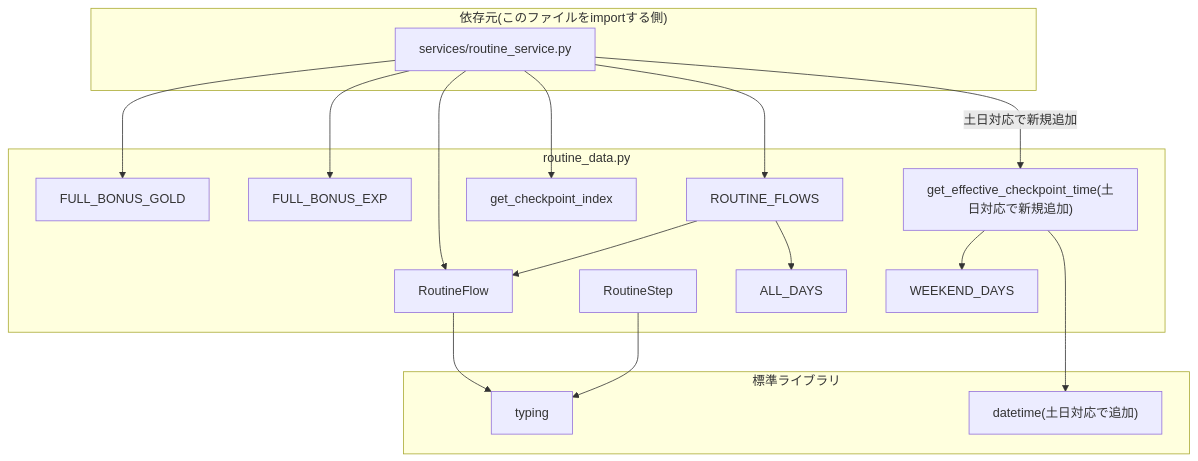
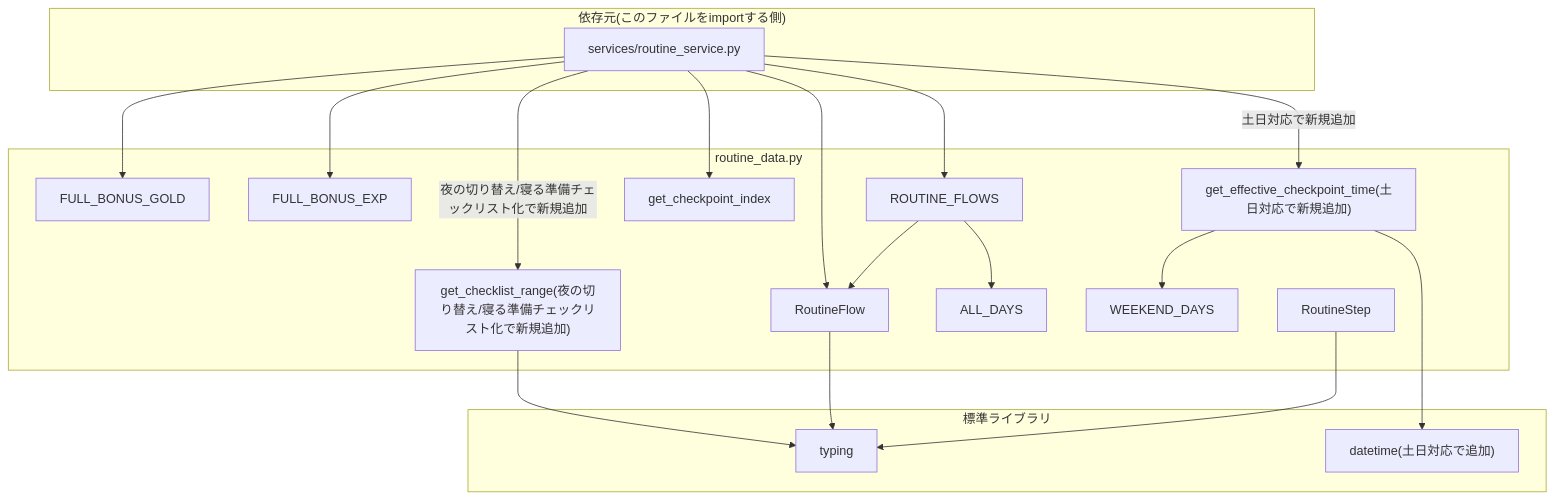
The second of 2 diagrams in docs/specifications/MY_HOME_SYSTEM/routine_data.md (mmtigers/my_python_project), drawn with Mermaid before and after one commit. The commit also changed other lines of this file and 16 other files, not shown here.

````diff
--- a/docs/specifications/MY_HOME_SYSTEM/routine_data.md
+++ b/docs/specifications/MY_HOME_SYSTEM/routine_data.md
@@ -232,37 +261,40 @@
 ```mermaid
 graph TD
     subgraph "routine_data.py"
         RoutineStep
         RoutineFlow
         ALL_DAYS
         WEEKEND_DAYS
         FULL_BONUS_GOLD
         FULL_BONUS_EXP
         ROUTINE_FLOWS
         get_checkpoint_index
+        get_checklist_range["get_checklist_range(夜の切り替え/寝る準備チェックリスト化で新規追加)"]
         get_effective_checkpoint_time["get_effective_checkpoint_time(土日対応で新規追加)"]
     end
 
     subgraph "標準ライブラリ"
         typing
         datetime["datetime(土日対応で追加)"]
     end
 
     subgraph "依存元(このファイルをimportする側)"
         routine_service["services/routine_service.py"]
     end
 
     RoutineStep --> typing
     RoutineFlow --> typing
     ROUTINE_FLOWS --> RoutineFlow
     ROUTINE_FLOWS --> ALL_DAYS
+    get_checklist_range --> typing
     get_effective_checkpoint_time --> datetime
     get_effective_checkpoint_time --> WEEKEND_DAYS
 
     routine_service --> ROUTINE_FLOWS
     routine_service --> RoutineFlow
     routine_service --> FULL_BONUS_GOLD
     routine_service --> FULL_BONUS_EXP
     routine_service --> get_checkpoint_index
+    routine_service -->|"夜の切り替え/寝る準備チェックリスト化で新規追加"| get_checklist_range
     routine_service -->|"土日対応で新規追加"| get_effective_checkpoint_time
 ```
````
